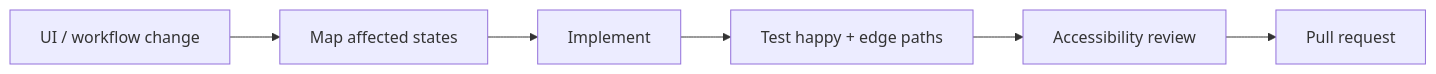
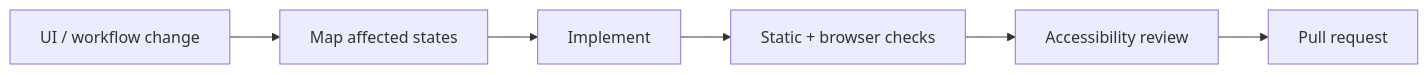
The third of 3 diagrams in README.md (Nischhalsubba/rismfp-ui), drawn with Mermaid before and after one commit. The commit also changed other lines of this file and 3 other files, not shown here.

````diff
--- a/README.md
+++ b/README.md
@@ -71,4 +81,4 @@
 ```mermaid
 flowchart LR
-    CHANGE["UI / workflow change"] --> STATES["Map affected states"] --> BUILD["Implement"] --> TEST["Test happy + edge paths"] --> ACCESS["Accessibility review"] --> PR["Pull request"]
+    CHANGE["UI / workflow change"] --> STATES["Map affected states"] --> BUILD["Implement"] --> TEST["Static + browser checks"] --> ACCESS["Accessibility review"] --> PR["Pull request"]
 ```
````
